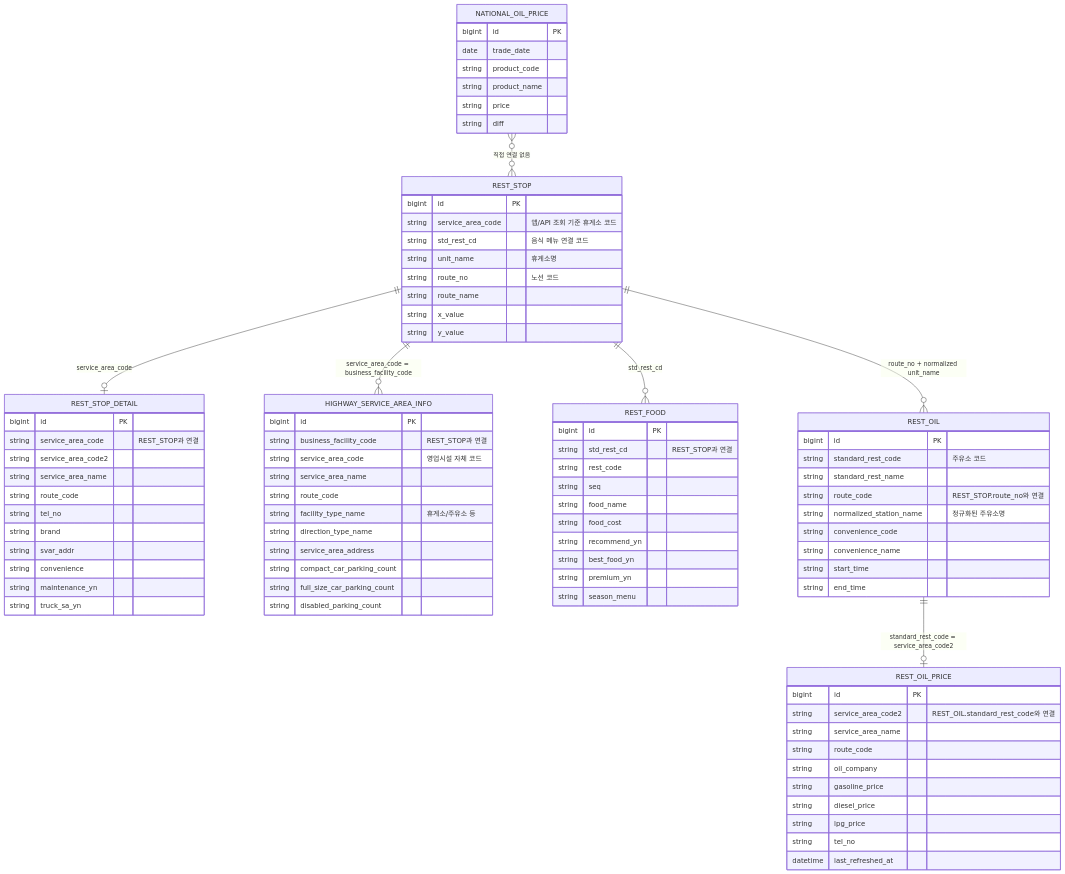
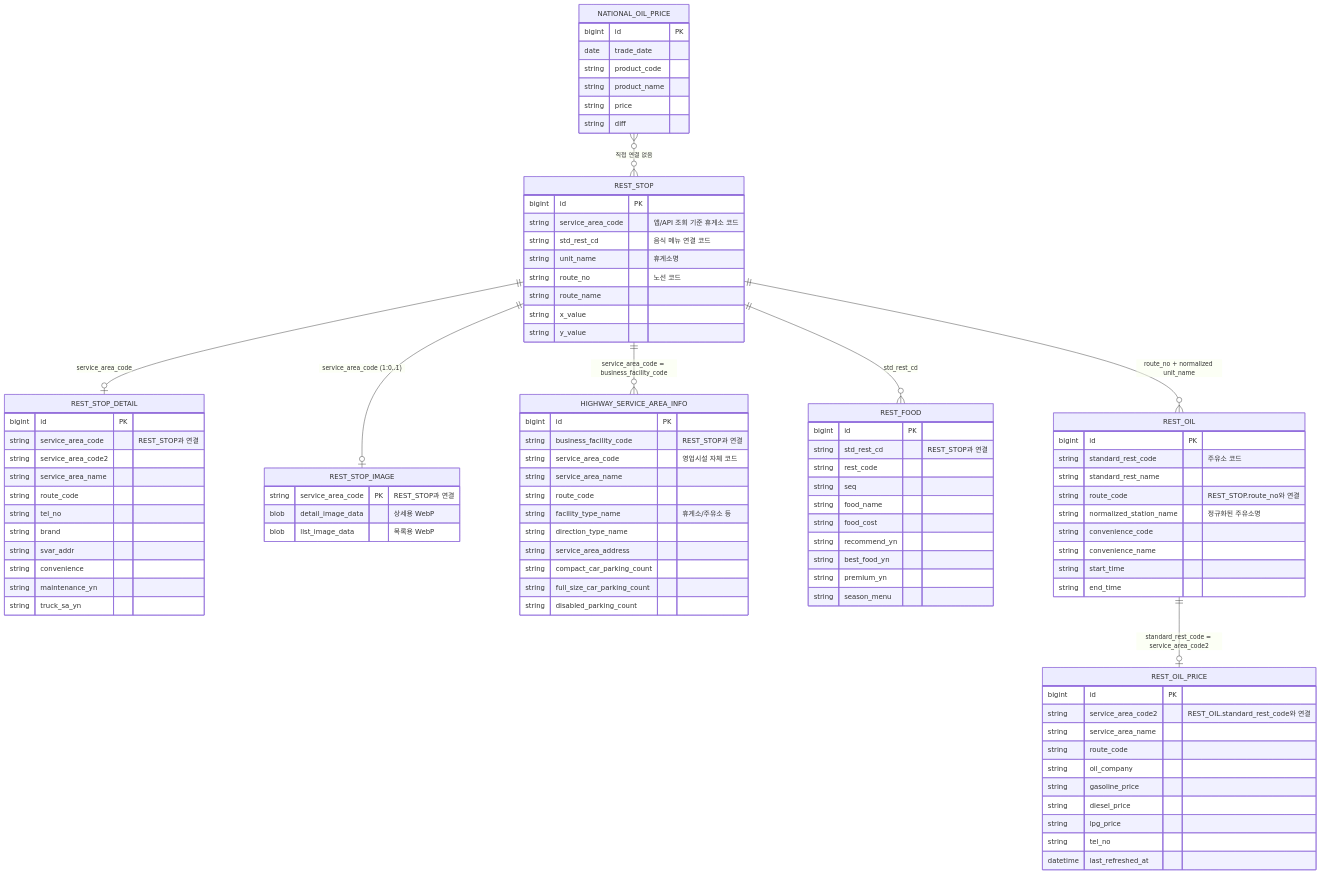
The diagram in DATA_RELATIONSHIP_DIAGRAM.md (jangjisu/vroom-tracker), drawn with Mermaid before and after one commit. The commit also changed other lines of this file and 3 other files, not shown here.

Commit message:
docs: document rest stop image flow

```diff
--- a/DATA_RELATIONSHIP_DIAGRAM.md
+++ b/DATA_RELATIONSHIP_DIAGRAM.md
@@ -31,6 +31,12 @@
         string convenience
         string maintenance_yn
         string truck_sa_yn
+    }
+
+    REST_STOP_IMAGE {
+        string service_area_code PK "REST_STOP과 연결"
+        blob detail_image_data "상세용 WebP"
+        blob list_image_data "목록용 WebP"
     }
 
     HIGHWAY_SERVICE_AREA_INFO {
@@ -95,6 +101,7 @@
     }
 
     REST_STOP ||--o| REST_STOP_DETAIL : "service_area_code"
+    REST_STOP ||--o| REST_STOP_IMAGE : "service_area_code (1:0..1)"
     REST_STOP ||--o{ HIGHWAY_SERVICE_AREA_INFO : "service_area_code = business_facility_code"
     REST_STOP ||--o{ REST_FOOD : "std_rest_cd"
     REST_STOP ||--o{ REST_OIL : "route_no + normalized unit_name"
```
